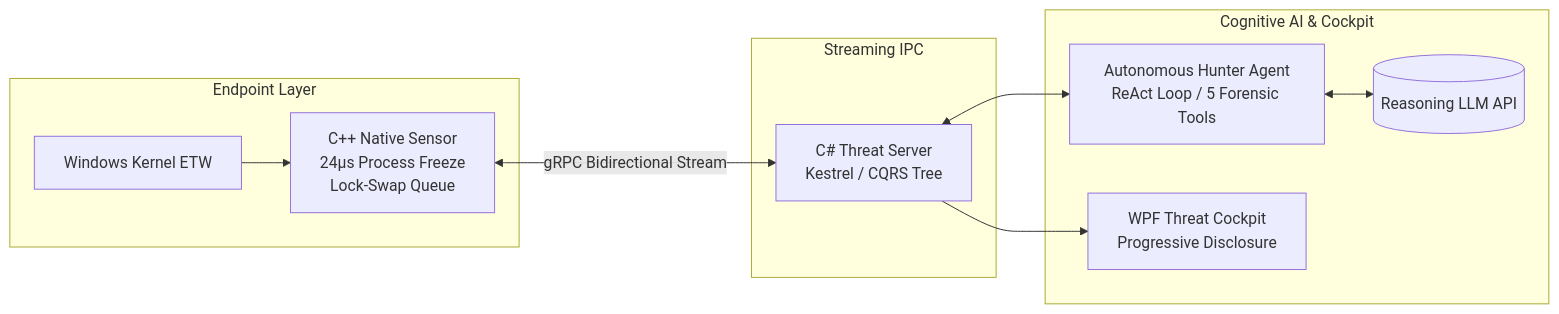
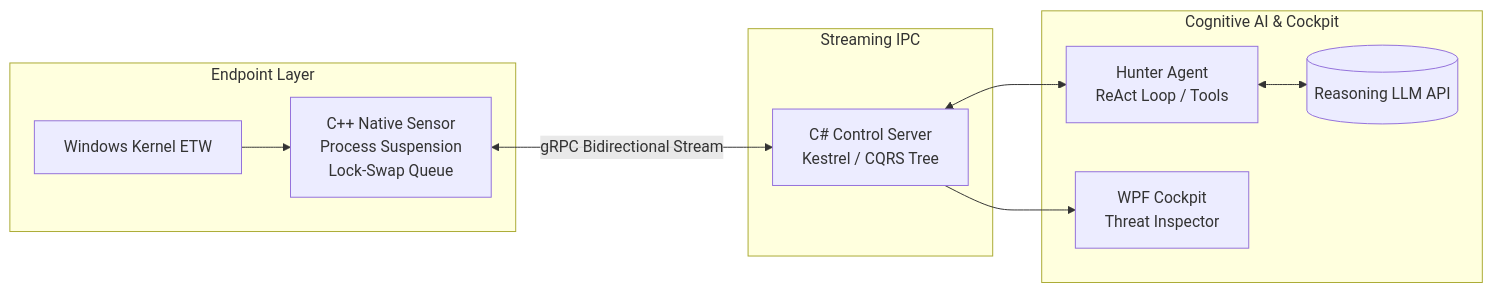
One commit to jin20203458/jin20203458 changed the first of 2 diagrams in README.md. Above: the diagram before and after it, drawn with Mermaid. The commit also changed other lines of this file, not shown here.

````diff
--- a/README.md
+++ b/README.md
@@ -45,16 +45,16 @@
 ```mermaid
 graph LR
     subgraph Endpoint Layer
-        ETW[Windows Kernel ETW] --> Sensor[C++ Native Sensor<br/>24μs Process Freeze<br/>Lock-Swap Queue]
+        ETW[Windows Kernel ETW] --> Sensor[C++ Native Sensor<br/>Process Suspension<br/>Lock-Swap Queue]
     end
 
     subgraph Streaming IPC
-        Sensor <-->|gRPC Bidirectional Stream| Server[C# Threat Server<br/>Kestrel / CQRS Tree]
+        Sensor <-->|gRPC Bidirectional Stream| Server[C# Control Server<br/>Kestrel / CQRS Tree]
     end
 
     subgraph Cognitive AI & Cockpit
-        Server <--> Agent[Autonomous Hunter Agent<br/>ReAct Loop / 5 Forensic Tools]
+        Server <--> Agent[Hunter Agent<br/>ReAct Loop / Tools]
         Agent <--> LLM[(Reasoning LLM API)]
-        Server --> UI[WPF Threat Cockpit<br/>Progressive Disclosure]
+        Server --> UI[WPF Cockpit<br/>Threat Inspector]
     end
 ```
````
